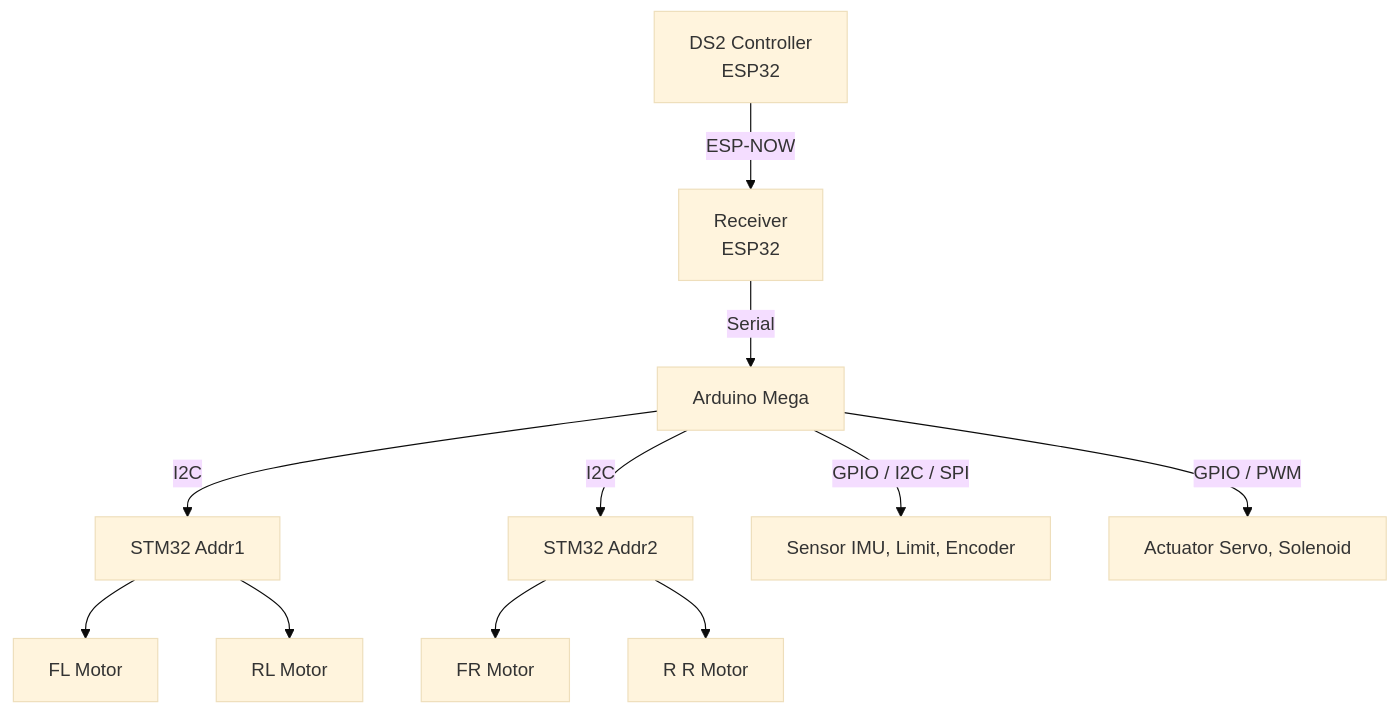
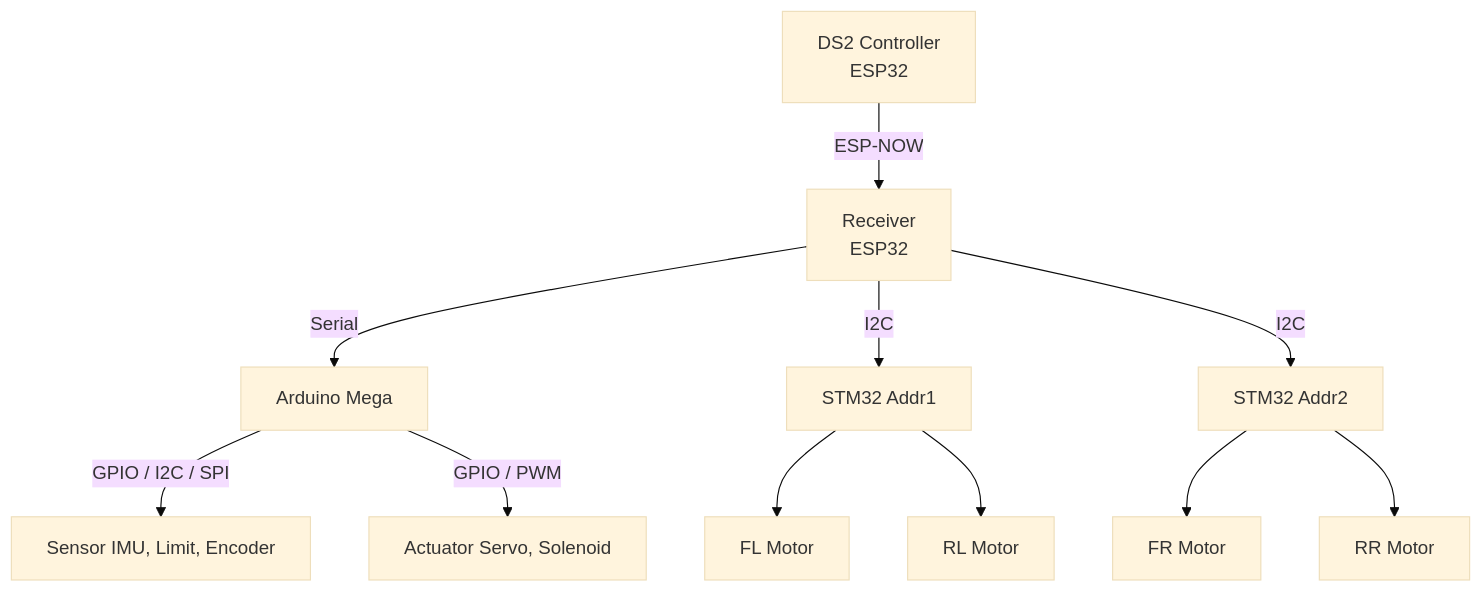
The diagram in README.md (Irfan-LX25/Ri-Setan-LX25), drawn with Mermaid (base theme) before and after one commit.

Commit message:
Fix motor label and update connections in README

````diff
--- a/README.md
+++ b/README.md
@@ -41,33 +41,33 @@
 ```mermaid
 graph TD
     DS2[DS2 Controller<br/>ESP32]
     RX[Receiver<br/>ESP32]
     MEGA[Arduino Mega]
 
     STM1[STM32 Addr1]
     STM2[STM32 Addr2]
 
     FL[FL Motor]
     FR[FR Motor]
     RL[RL Motor]
-    RR[R R Motor]
+    RR[RR Motor]
 
     SENS[Sensor IMU, Limit, Encoder ]
     ACT[Actuator Servo, Solenoid ]
 
     DS2 -->|ESP-NOW| RX
     RX -->|Serial| MEGA
 
-    MEGA -->|I2C| STM1
-    MEGA -->|I2C| STM2
+    RX -->|I2C| STM1
+    RX -->|I2C| STM2
 
     STM1 --> FL
     STM1 --> RL
 
     STM2 --> FR
     STM2 --> RR
 
     MEGA -->|GPIO / I2C / SPI| SENS
     MEGA -->|GPIO / PWM| ACT
 
 ```
````
